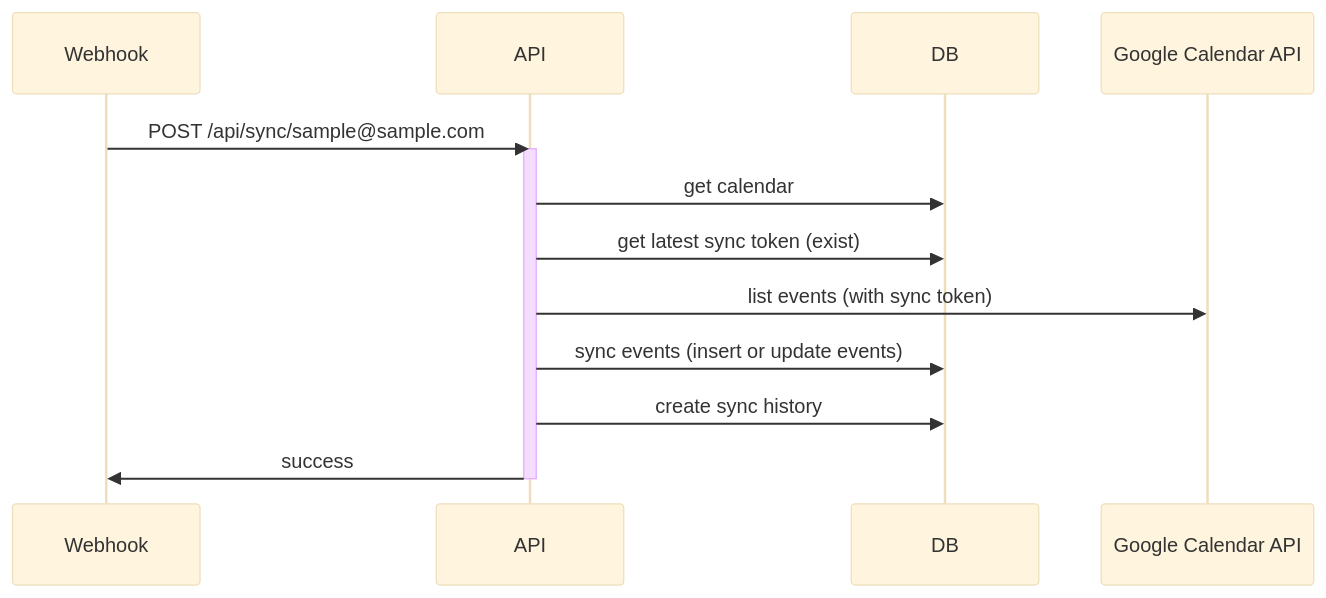
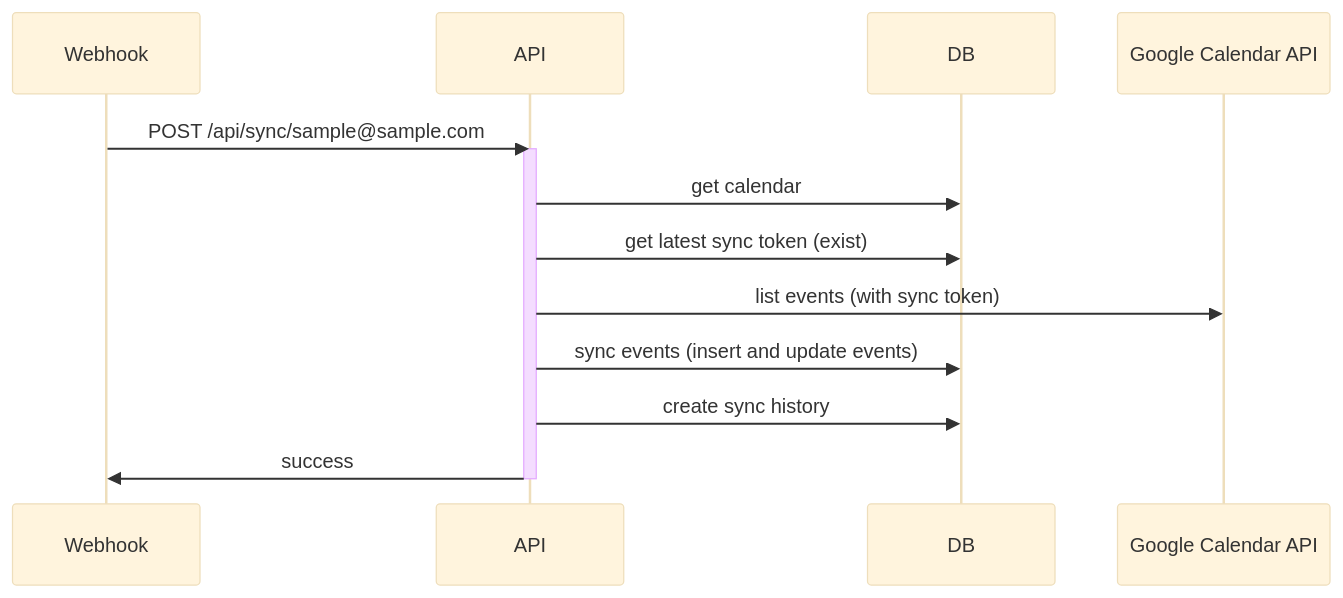
The fourth of 4 diagrams in README.md (takuoki/google-calendar-sync), drawn with Mermaid (base theme) before and after one commit. The commit also changed other lines of this file, not shown here.

````diff
--- a/README.md
+++ b/README.md
@@ -149,12 +157,12 @@
 ```mermaid
 sequenceDiagram
     Webhook->>API: POST /api/sync/sample@sample.com
     activate API
     API->>DB: get calendar
     API->>DB: get latest sync token (exist)
     API->>Google Calendar API: list events (with sync token)
-    API->>DB: sync events (insert or update events)
+    API->>DB: sync events (insert and update events)
     API->>DB: create sync history
     API->>Webhook: success
     deactivate API
 ```
````
